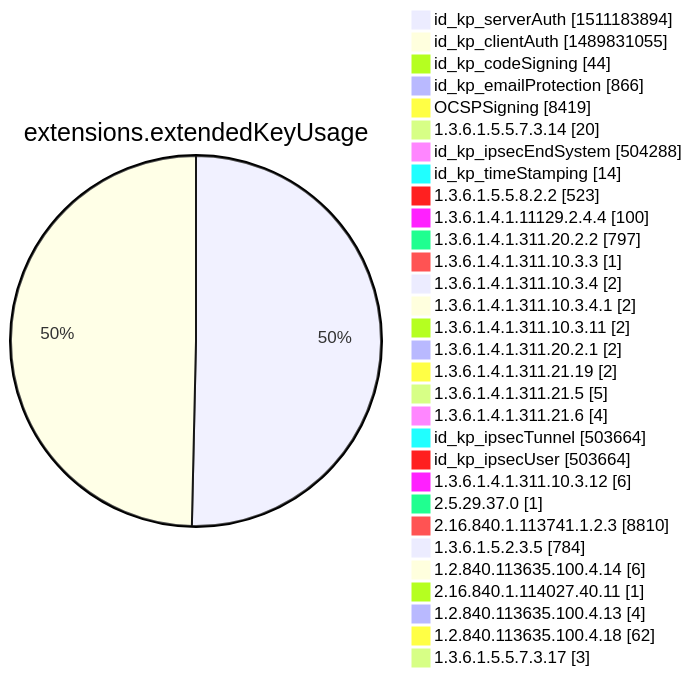
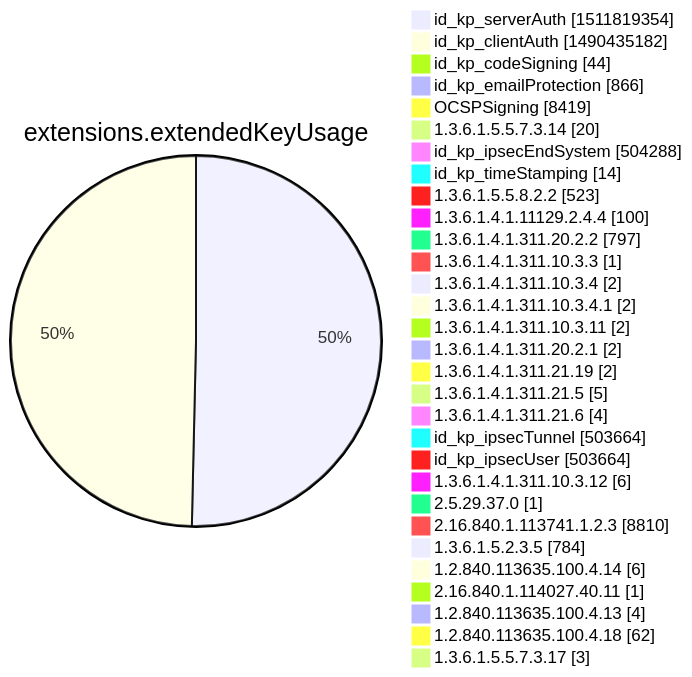
Diagram 12 of 15 in argon2022/README.md (christiankrug/ctmonitor_visualization), drawn with Mermaid before and after one commit. The commit also changed other lines of this file, not shown here.

````diff
--- a/argon2022/README.md
+++ b/argon2022/README.md
@@ -3555,34 +3555,34 @@
 ```mermaid
 pie showData
 title extensions.extendedKeyUsage
-"id_kp_serverAuth" :1511183894
-"id_kp_clientAuth" :1489831055
+"id_kp_serverAuth" :1511819354
+"id_kp_clientAuth" :1490435182
 "id_kp_codeSigning" :44
 "id_kp_emailProtection" :866
 "OCSPSigning" :8419
 "1.3.6.1.5.5.7.3.14" :20
 "id_kp_ipsecEndSystem" :504288
 "id_kp_timeStamping" :14
 "1.3.6.1.5.5.8.2.2" :523
 "1.3.6.1.4.1.11129.2.4.4" :100
 "1.3.6.1.4.1.311.20.2.2" :797
 "1.3.6.1.4.1.311.10.3.3" :1
 "1.3.6.1.4.1.311.10.3.4" :2
 "1.3.6.1.4.1.311.10.3.4.1" :2
 "1.3.6.1.4.1.311.10.3.11" :2
 "1.3.6.1.4.1.311.20.2.1" :2
 "1.3.6.1.4.1.311.21.19" :2
 "1.3.6.1.4.1.311.21.5" :5
 "1.3.6.1.4.1.311.21.6" :4
 "id_kp_ipsecTunnel" :503664
 "id_kp_ipsecUser" :503664
 "1.3.6.1.4.1.311.10.3.12" :6
 "2.5.29.37.0" :1
 "2.16.840.1.113741.1.2.3" :8810
 "1.3.6.1.5.2.3.5" :784
 "1.2.840.113635.100.4.14" :6
 "2.16.840.1.114027.40.11" :1
 "1.2.840.113635.100.4.13" :4
 "1.2.840.113635.100.4.18" :62
 "1.3.6.1.5.5.7.3.17" :3
 ```
````
